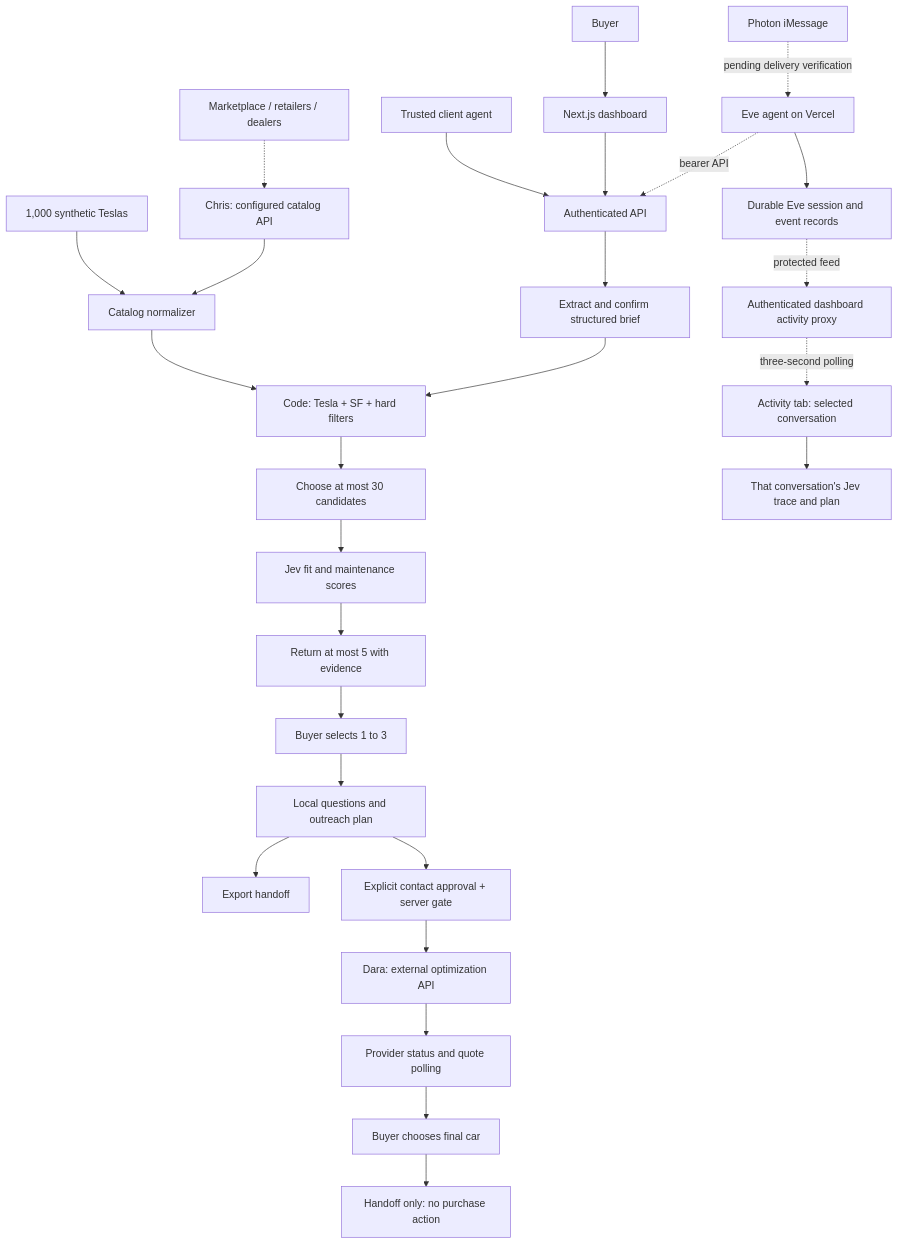
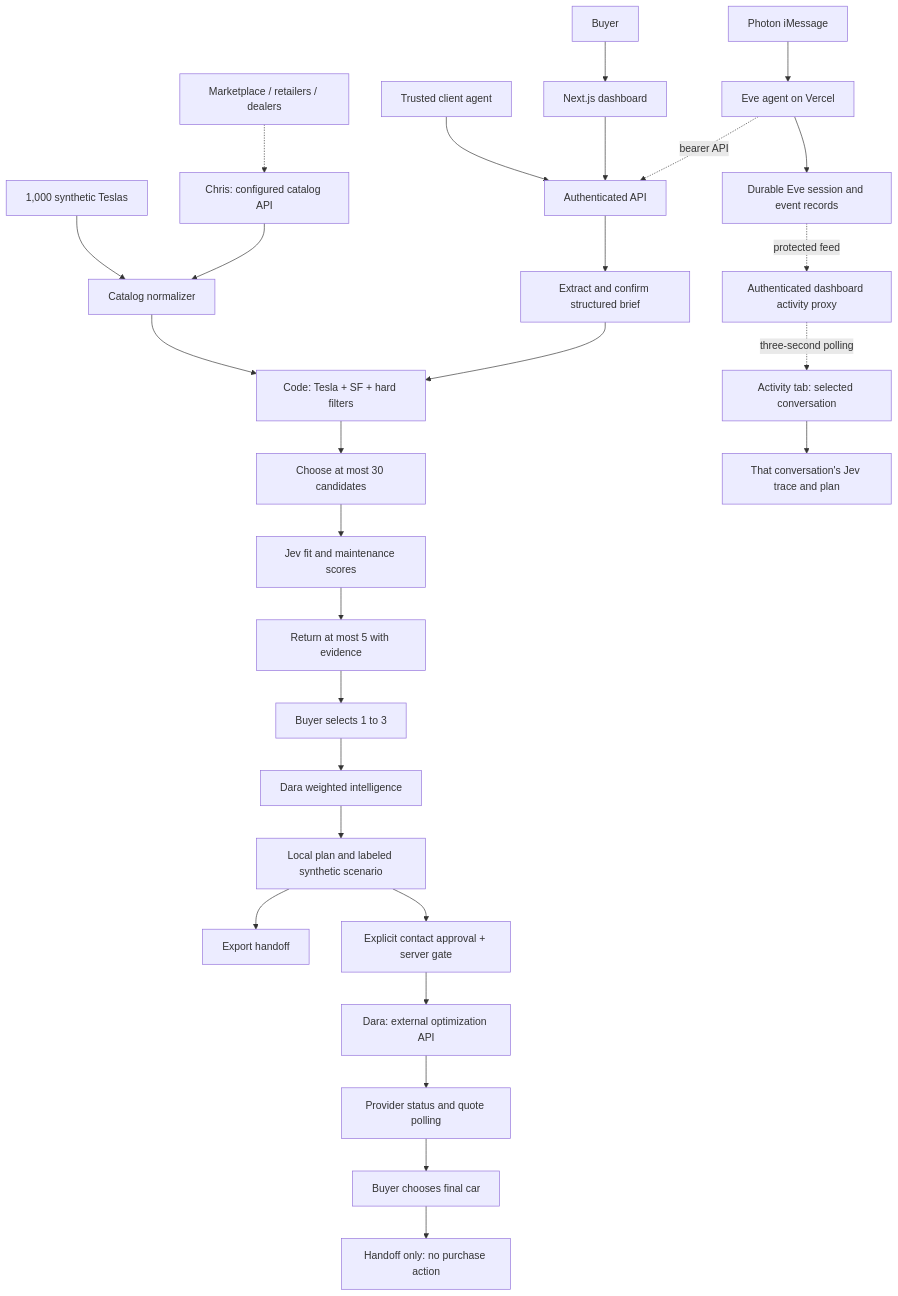
Before and after one commit to benikigai/JEVgotiator: the first of 2 diagrams in BUILD-SPEC.md, drawn with Mermaid. The commit also changed other lines of this file and 23 other files, not shown here.

Commit message:
Add Dara intelligence, demo resets, and architecture landing page

````diff
--- a/BUILD-SPEC.md
+++ b/BUILD-SPEC.md
@@ -27,29 +28,30 @@
 ```mermaid
 flowchart TD
     Buyer[Buyer] --> Web[Next.js dashboard]
     Client[Trusted client agent] --> API[Authenticated API]
     Web --> API
-    Photon[Photon iMessage] -. pending delivery verification .-> Eve[Eve agent on Vercel]
+    Photon[Photon iMessage] --> Eve[Eve agent on Vercel]
     Eve -. bearer API .-> API
     Eve --> Records[Durable Eve session and event records]
     Records -. protected feed .-> Proxy[Authenticated dashboard activity proxy]
     Proxy -. three-second polling .-> Activity[Activity tab: selected conversation]
     API --> Brief[Extract and confirm structured brief]
     Fixture[1,000 synthetic Teslas] --> Catalog[Catalog normalizer]
     Chris[Chris: configured catalog API] --> Catalog
     Sources[Marketplace / retailers / dealers] -.-> Chris
     Catalog --> Filter[Code: Tesla + SF + hard filters]
     Brief --> Filter
     Filter --> Cap[Choose at most 30 candidates]
     Cap --> Jev[Jev fit and maintenance scores]
     Jev --> Top[Return at most 5 with evidence]
     Top --> Select[Buyer selects 1 to 3]
-    Select --> Plan[Local questions and outreach plan]
+    Select --> Intelligence[Dara weighted intelligence]
+    Intelligence --> Plan[Local plan and labeled synthetic scenario]
     Plan --> Export[Export handoff]
     Activity --> Trace[That conversation's Jev trace and plan]
     Plan --> Gate[Explicit contact approval + server gate]
     Gate --> Dara[Dara: external optimization API]
     Dara --> Quotes[Provider status and quote polling]
     Quotes --> Choice[Buyer chooses final car]
     Choice --> Handoff[Handoff only: no purchase action]
 ```
````
